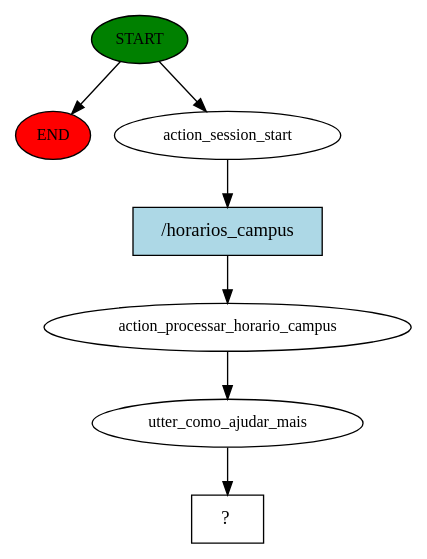
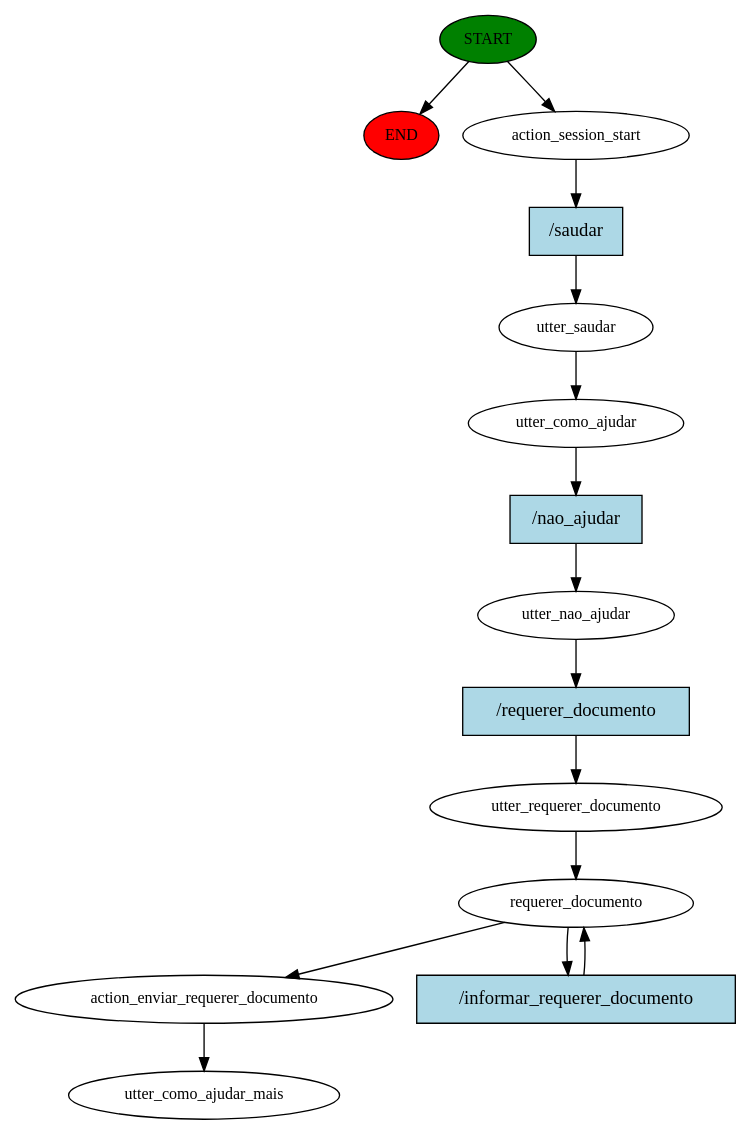
The diagram in story_graph.dot (ifscbot/rasa-project), drawn with Graphviz before and after one commit. The commit also changed 5 other files, not shown here.

```diff
--- a/story_graph.dot
+++ b/story_graph.dot
@@ -1,15 +1,30 @@
 digraph  {
 0 [class="start active", fillcolor=green, fontsize=12, label=START, style=filled];
 "-1" [class=end, fillcolor=red, fontsize=12, label=END, style=filled];
 1 [class=active, fontsize=12, label=action_session_start];
-2 [class=active, fontsize=12, label=action_processar_horario_campus];
-3 [class=active, fontsize=12, label=utter_como_ajudar_mais];
-4 [class="intent dashed active", label="  ?  ", shape=rect];
-5 [class="intent active", fillcolor=lightblue, label="/horarios_campus", shape=rect, style=filled];
+2 [class=active, fontsize=12, label=utter_saudar];
+3 [class=active, fontsize=12, label=utter_como_ajudar];
+4 [class=active, fontsize=12, label=utter_nao_ajudar];
+5 [class=active, fontsize=12, label=utter_requerer_documento];
+6 [class=active, fontsize=12, label=requerer_documento];
+8 [class=active, fontsize=12, label=action_enviar_requerer_documento];
+9 [class="dashed active", fontsize=12, label=utter_como_ajudar_mais];
+10 [class="intent active", fillcolor=lightblue, label="/saudar", shape=rect, style=filled];
+11 [class="intent active", fillcolor=lightblue, label="/nao_ajudar", shape=rect, style=filled];
+12 [class="intent active", fillcolor=lightblue, label="/requerer_documento", shape=rect, style=filled];
+13 [class="intent active", fillcolor=lightblue, label="/informar_requerer_documento", shape=rect, style=filled];
 0 -> "-1"  [class="", key=NONE, label=""];
 0 -> 1  [class=active, key=NONE, label=""];
-1 -> 5  [class=active, key=0];
+1 -> 10  [class=active, key=0];
 2 -> 3  [class=active, key=NONE, label=""];
-3 -> 4  [class=active, key=NONE, label=""];
-5 -> 2  [class=active, key=0];
+3 -> 11  [class=active, key=0];
+4 -> 12  [class=active, key=0];
+5 -> 6  [class=active, key=NONE, label=""];
+6 -> 8  [class=active, key=NONE, label=""];
+6 -> 13  [class=active, key=0];
+8 -> 9  [class=active, key=NONE, label=""];
+10 -> 2  [class=active, key=0];
+11 -> 4  [class=active, key=0];
+12 -> 5  [class=active, key=0];
+13 -> 6  [class=active, key=0];
 }
```
